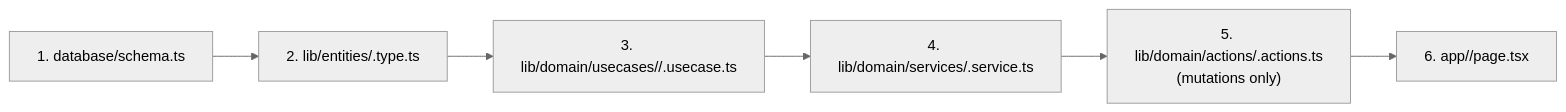
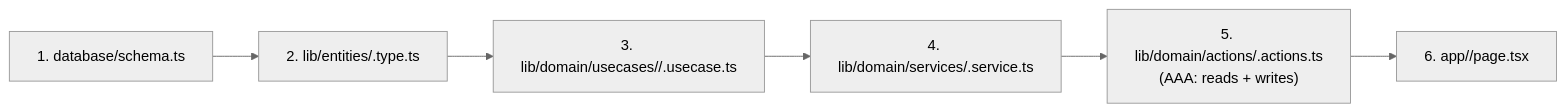
One commit to wela-herveyyy/RND-NEXT-JS-TEMPLETE changed the fourth of 4 diagrams in ARCHITECTURE.md. Above: the diagram before and after it, drawn with Mermaid (neutral theme). The commit also changed other lines of this file and 18 other files, not shown here.

````diff
--- a/ARCHITECTURE.md
+++ b/ARCHITECTURE.md
@@ -301,8 +429,8 @@
 ```mermaid
 flowchart LR
   A["1. database/schema.ts"] --> B["2. lib/entities/<table>.type.ts"]
   B --> C["3. lib/domain/usecases/<table>/<action>.usecase.ts"]
   C --> D["4. lib/domain/services/<table>.service.ts"]
-  D --> E["5. lib/domain/actions/<table>.actions.ts<br/>(mutations only)"]
+  D --> E["5. lib/domain/actions/<table>.actions.ts<br/>(AAA: reads + writes)"]
   E --> F["6. app/<route>/page.tsx"]
 ```
````
